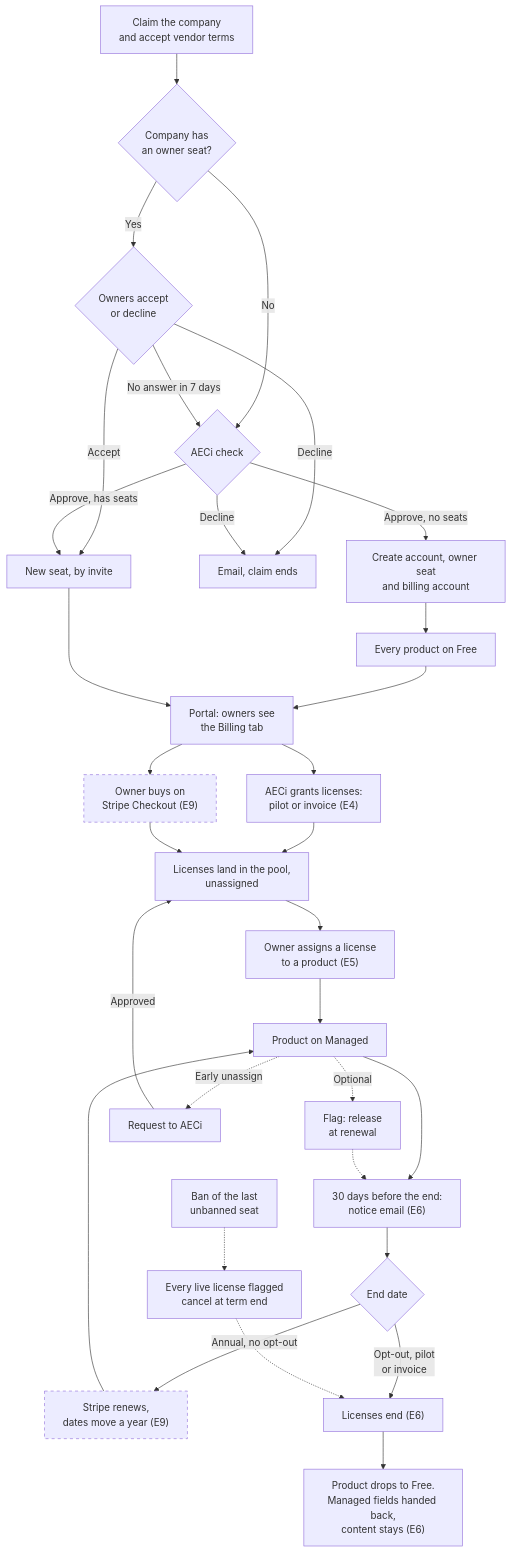
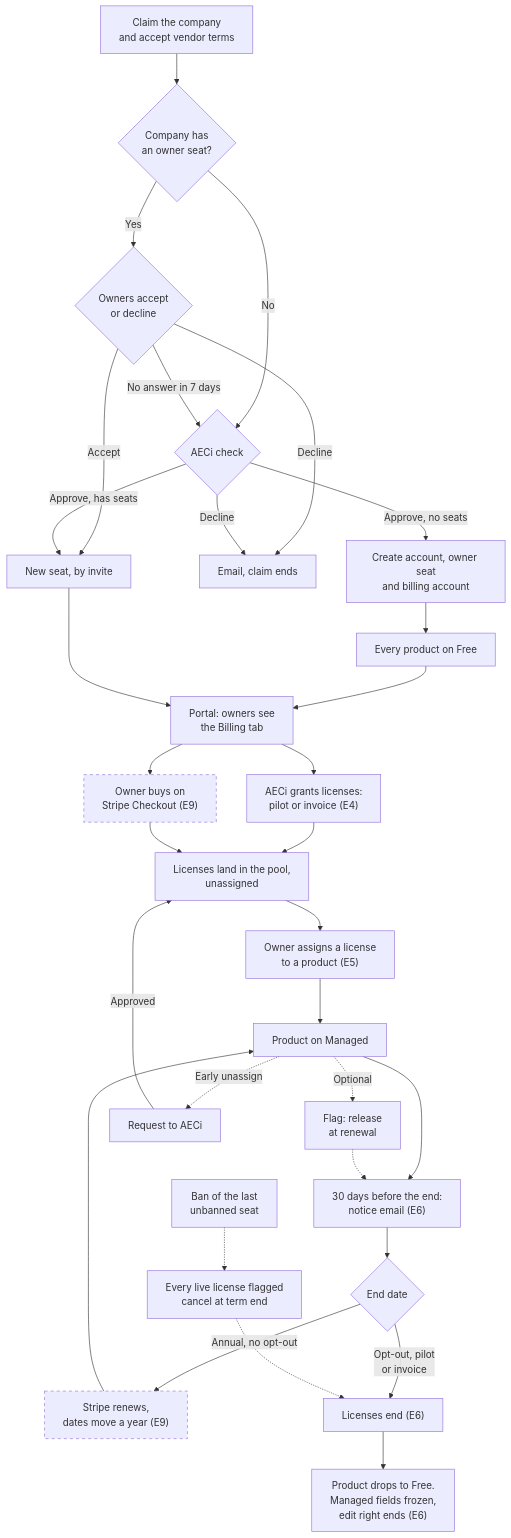
Before and after one commit to the-wbs-project/aec-integrations: the diagram in docs/VENDOR_SIGNUP_PROCESS.md, drawn with Mermaid. The commit also changed other lines of this file and 17 other files, not shown here.

First line of the commit message:
AECI-1419: E6b docs sync, as-built notes, and frozen-fields hand-back copy

````diff
--- a/docs/VENDOR_SIGNUP_PROCESS.md
+++ b/docs/VENDOR_SIGNUP_PROCESS.md
@@ -113,36 +113,36 @@
 ```mermaid
 flowchart TD
     claim["Claim the company<br/>and accept vendor terms"] --> hasSeats{"Company has<br/>an owner seat?"}
     hasSeats -->|No| check{"AECi check"}
     hasSeats -->|Yes| owners{"Owners accept<br/>or decline"}
     owners -->|Accept| seat["New seat, by invite"]
     owners -->|Decline| declined["Email, claim ends"]
     owners -->|"No answer in 7 days"| check
     check -->|Decline| declined
     check -->|"Approve, no seats"| create["Create account, owner seat<br/>and billing account"]
     check -->|"Approve, has seats"| seat
     create --> free["Every product on Free"]
     free --> portal["Portal: owners see<br/>the Billing tab"]
     seat --> portal
     portal --> grant["AECi grants licenses:<br/>pilot or invoice (E4)"]
     portal --> buy["Owner buys on<br/>Stripe Checkout (E9)"]
     grant --> pool["Licenses land in the pool,<br/>unassigned"]
     buy --> pool
     pool --> assign["Owner assigns a license<br/>to a product (E5)"]
     assign --> managed["Product on Managed"]
     managed -.->|Optional| release["Flag: release<br/>at renewal"]
     managed -.->|"Early unassign"| request["Request to AECi"]
     request -->|Approved| pool
     managed --> notice["30 days before the end:<br/>notice email (E6)"]
     release -.-> notice
     notice --> endDate{"End date"}
     endDate -->|"Annual, no opt-out"| renew["Stripe renews,<br/>dates move a year (E9)"]
     renew --> managed
     endDate -->|"Opt-out, pilot<br/>or invoice"| lapse["Licenses end (E6)"]
-    lapse --> handBack["Product drops to Free.<br/>Managed fields handed back,<br/>content stays (E6)"]
+    lapse --> handBack["Product drops to Free.<br/>Managed fields frozen,<br/>edit right ends (E6)"]
     ban["Ban of the last<br/>unbanned seat"] -.-> cancelFlag["Every live license flagged<br/>cancel at term end"]
     cancelFlag -.-> lapse
 
     classDef notBuilt stroke-dasharray: 5 5
     class buy,renew notBuilt
 ```
````
